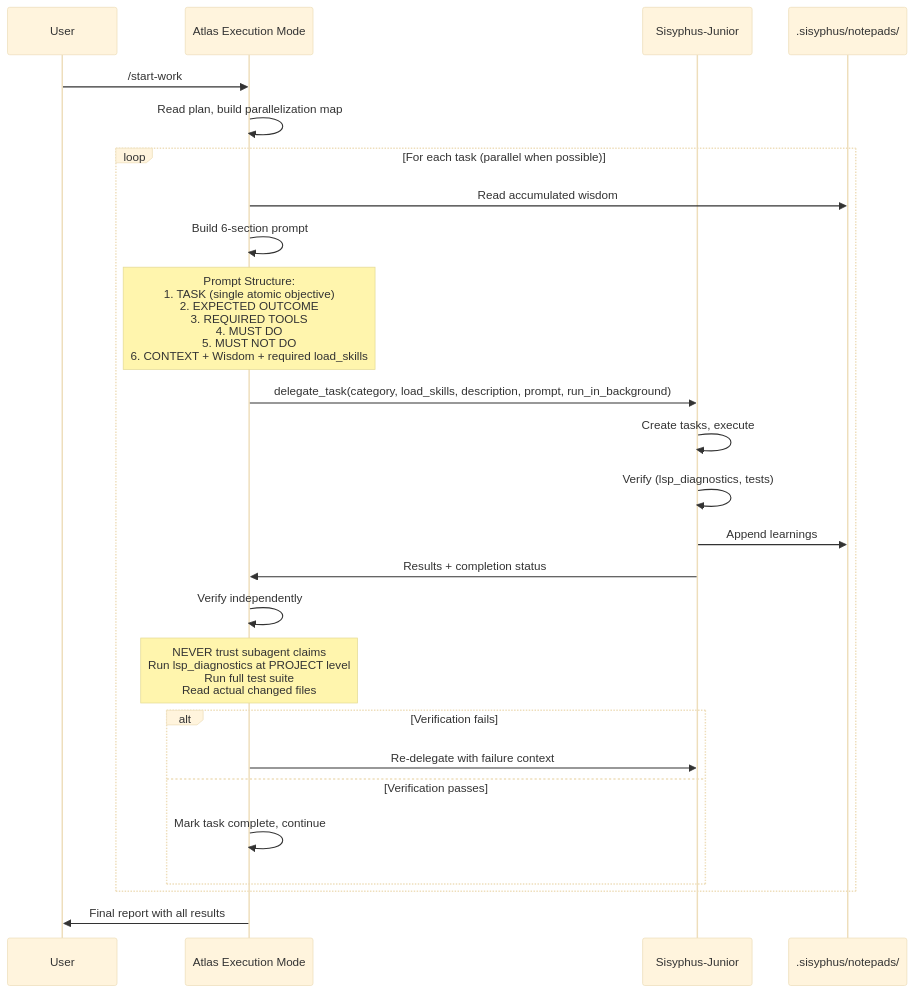
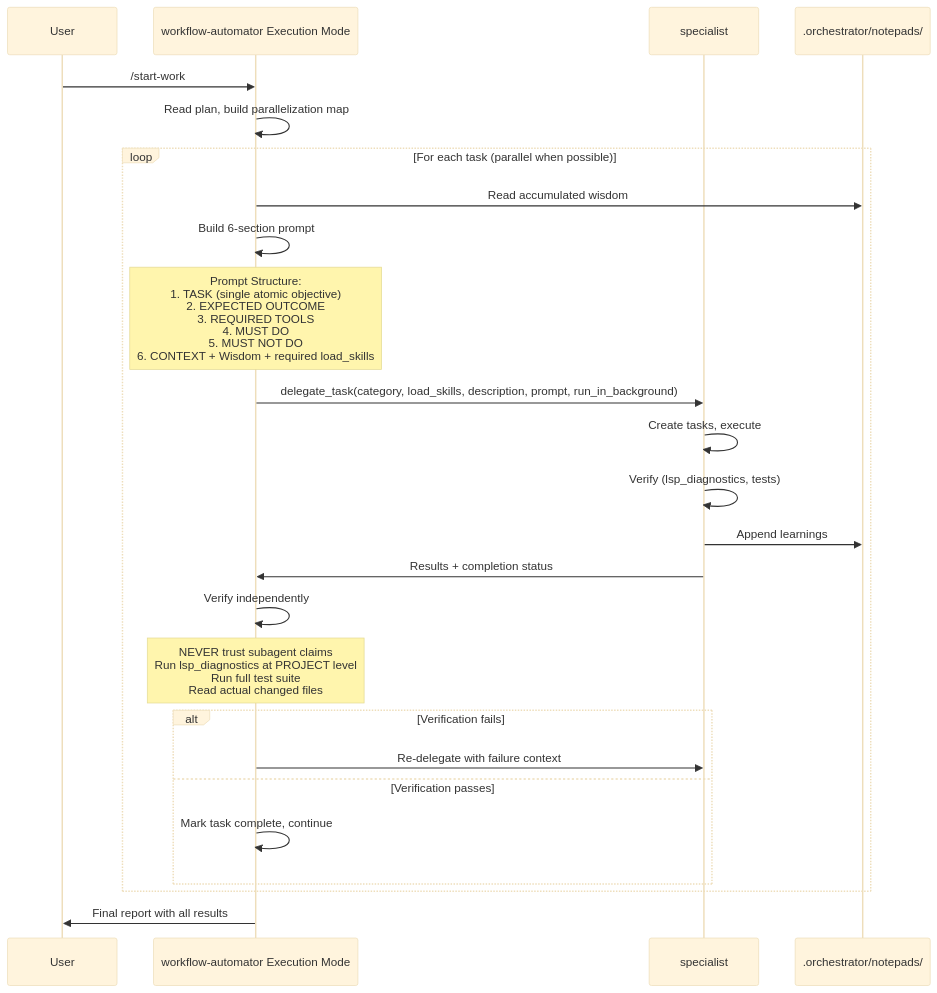
One commit to arcthur/oh-my-opencode changed the fourth of 4 diagrams in docs/guide/understanding-orchestration-system.md. Above: the diagram before and after it, drawn with Mermaid (base theme). The commit also changed other lines of this file and 416 other files, not shown here.

````diff
--- a/docs/guide/understanding-orchestration-system.md
+++ b/docs/guide/understanding-orchestration-system.md
@@ -383,35 +383,35 @@
 ```mermaid
 sequenceDiagram
     participant User
-    participant Orchestrator as Atlas Execution Mode
-    participant Junior as Sisyphus-Junior
-    participant Notepad as .sisyphus/notepads/
+    participant Orchestrator as workflow-automator Execution Mode
+    participant Junior as specialist
+    participant Notepad as .orchestrator/notepads/
     
     User->>Orchestrator: /start-work
     Orchestrator->>Orchestrator: Read plan, build parallelization map
     
     loop For each task (parallel when possible)
         Orchestrator->>Notepad: Read accumulated wisdom
         Orchestrator->>Orchestrator: Build 6-section prompt
         
         Note over Orchestrator: Prompt Structure:<br/>1. TASK (single atomic objective)<br/>2. EXPECTED OUTCOME<br/>3. REQUIRED TOOLS<br/>4. MUST DO<br/>5. MUST NOT DO<br/>6. CONTEXT + Wisdom + required load_skills
         
         Orchestrator->>Junior: delegate_task(category, load_skills, description, prompt, run_in_background)
         
         Junior->>Junior: Create tasks, execute
         Junior->>Junior: Verify (lsp_diagnostics, tests)
         Junior->>Notepad: Append learnings
         Junior->>Orchestrator: Results + completion status
         
         Orchestrator->>Orchestrator: Verify independently
         Note over Orchestrator: NEVER trust subagent claims<br/>Run lsp_diagnostics at PROJECT level<br/>Run full test suite<br/>Read actual changed files
         
         alt Verification fails
             Orchestrator->>Junior: Re-delegate with failure context
         else Verification passes
             Orchestrator->>Orchestrator: Mark task complete, continue
         end
     end
     
     Orchestrator->>User: Final report with all results
 ```
````
